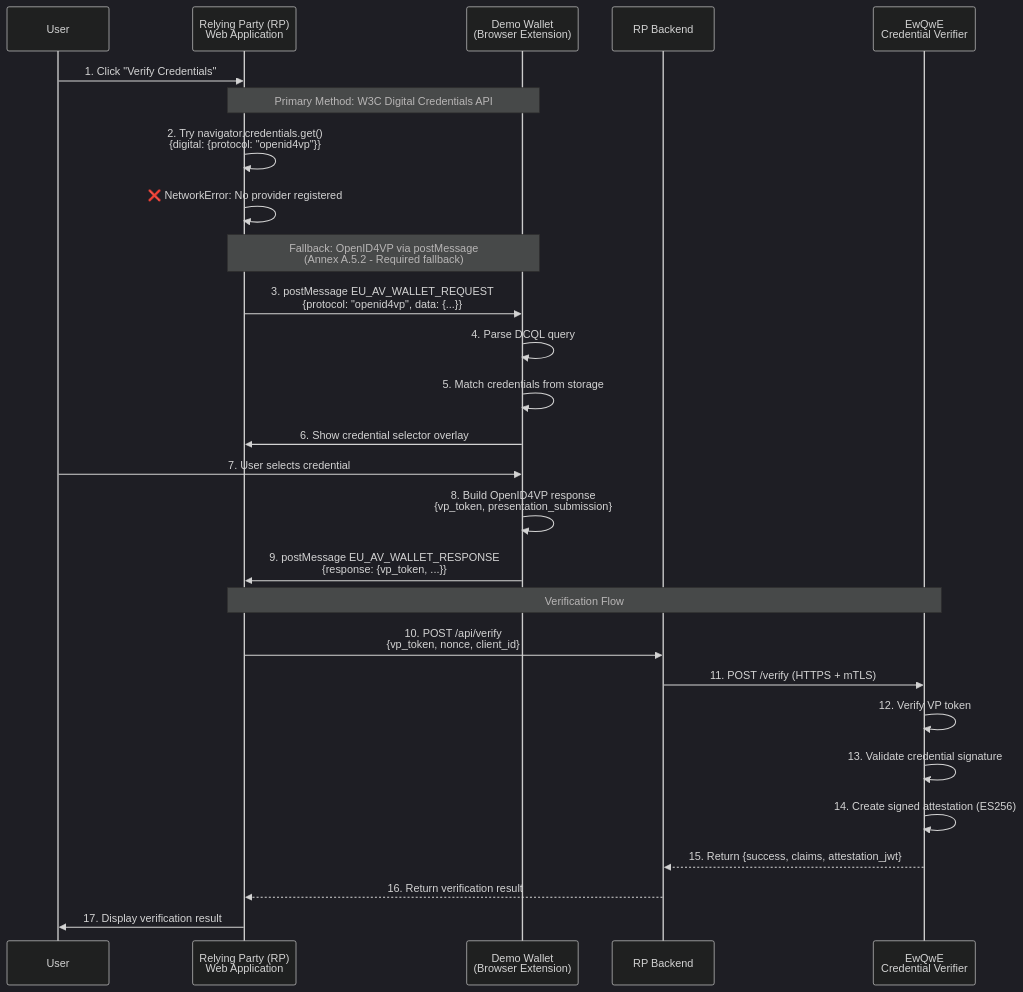
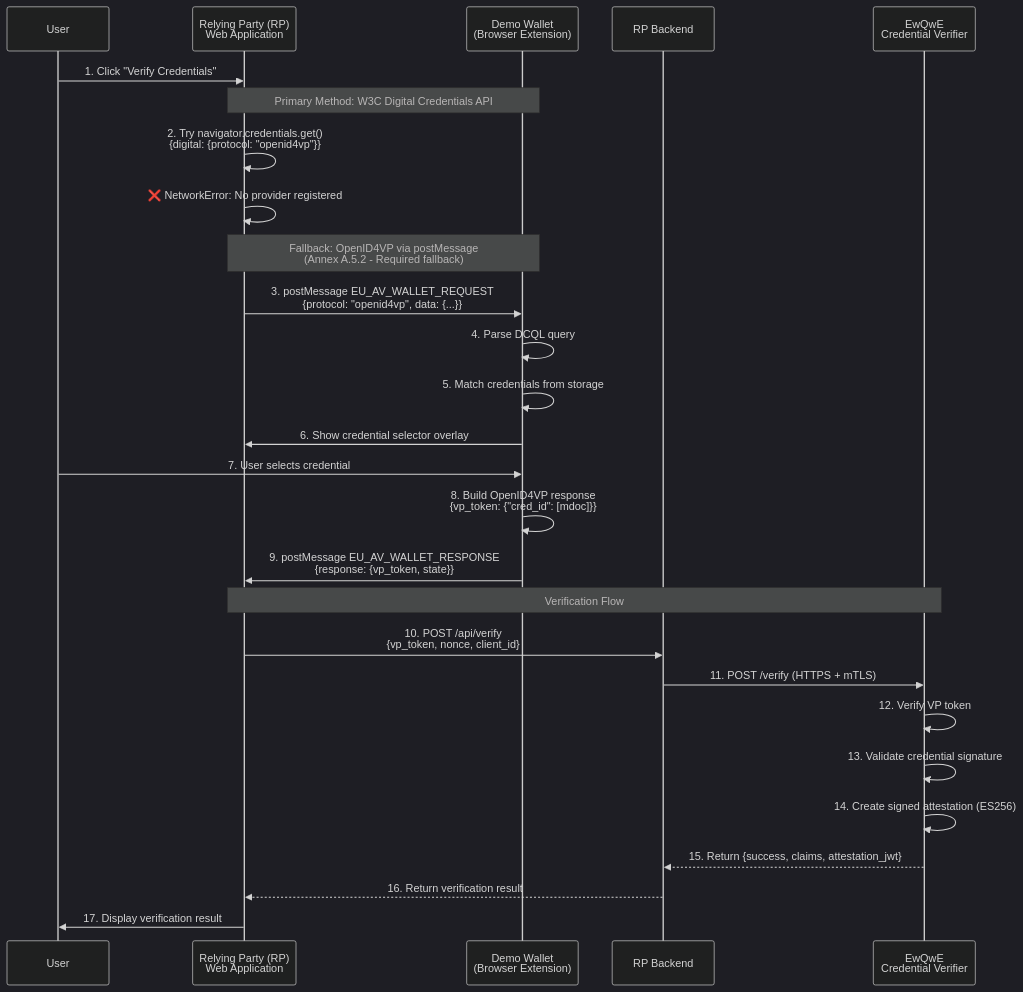
One commit to rd-ewqwe/ewqwe-identity changed the third of 3 diagrams in documentation/src/user-journey.md. Above: the diagram before and after it, drawn with Mermaid (dark theme). The commit also changed other lines of this file and 12 other files, not shown here.

Commit message:
av full flow

````diff
--- a/documentation/src/user-journey.md
+++ b/documentation/src/user-journey.md
@@ -160,33 +162,33 @@
 ```mermaid
 sequenceDiagram
     participant User
     participant WebappUI as Relying Party (RP)<br/>Web Application
     participant Wallet as Demo Wallet<br/>(Browser Extension)
     participant Backend as RP Backend
     participant Verifier as EwQwE<br/>Credential Verifier
 
     User->>WebappUI: 1. Click "Verify Credentials"
     
     Note over WebappUI,Wallet: Primary Method: W3C Digital Credentials API
     WebappUI->>WebappUI: 2. Try navigator.credentials.get()<br/>{digital: {protocol: "openid4vp"}}
     WebappUI->>WebappUI: ❌ NetworkError: No provider registered
     
     Note over WebappUI,Wallet: Fallback: OpenID4VP via postMessage<br/>(Annex A.5.2 - Required fallback)
     WebappUI->>Wallet: 3. postMessage EU_AV_WALLET_REQUEST<br/>{protocol: "openid4vp", data: {...}}
     Wallet->>Wallet: 4. Parse DCQL query
     Wallet->>Wallet: 5. Match credentials from storage
     Wallet->>WebappUI: 6. Show credential selector overlay
     User->>Wallet: 7. User selects credential
-    Wallet->>Wallet: 8. Build OpenID4VP response<br/>{vp_token, presentation_submission}
-    Wallet->>WebappUI: 9. postMessage EU_AV_WALLET_RESPONSE<br/>{response: {vp_token, ...}}
+    Wallet->>Wallet: 8. Build OpenID4VP response<br/>{vp_token: {"cred_id": [mdoc]}}
+    Wallet->>WebappUI: 9. postMessage EU_AV_WALLET_RESPONSE<br/>{response: {vp_token, state}}
     
     Note over WebappUI,Verifier: Verification Flow
     WebappUI->>Backend: 10. POST /api/verify<br/>{vp_token, nonce, client_id}
     Backend->>Verifier: 11. POST /verify (HTTPS + mTLS)
     Verifier->>Verifier: 12. Verify VP token
     Verifier->>Verifier: 13. Validate credential signature
     Verifier->>Verifier: 14. Create signed attestation (ES256)
     Verifier-->>Backend: 15. Return {success, claims, attestation_jwt}
     Backend-->>WebappUI: 16. Return verification result
     WebappUI->>User: 17. Display verification result
 ```
````
